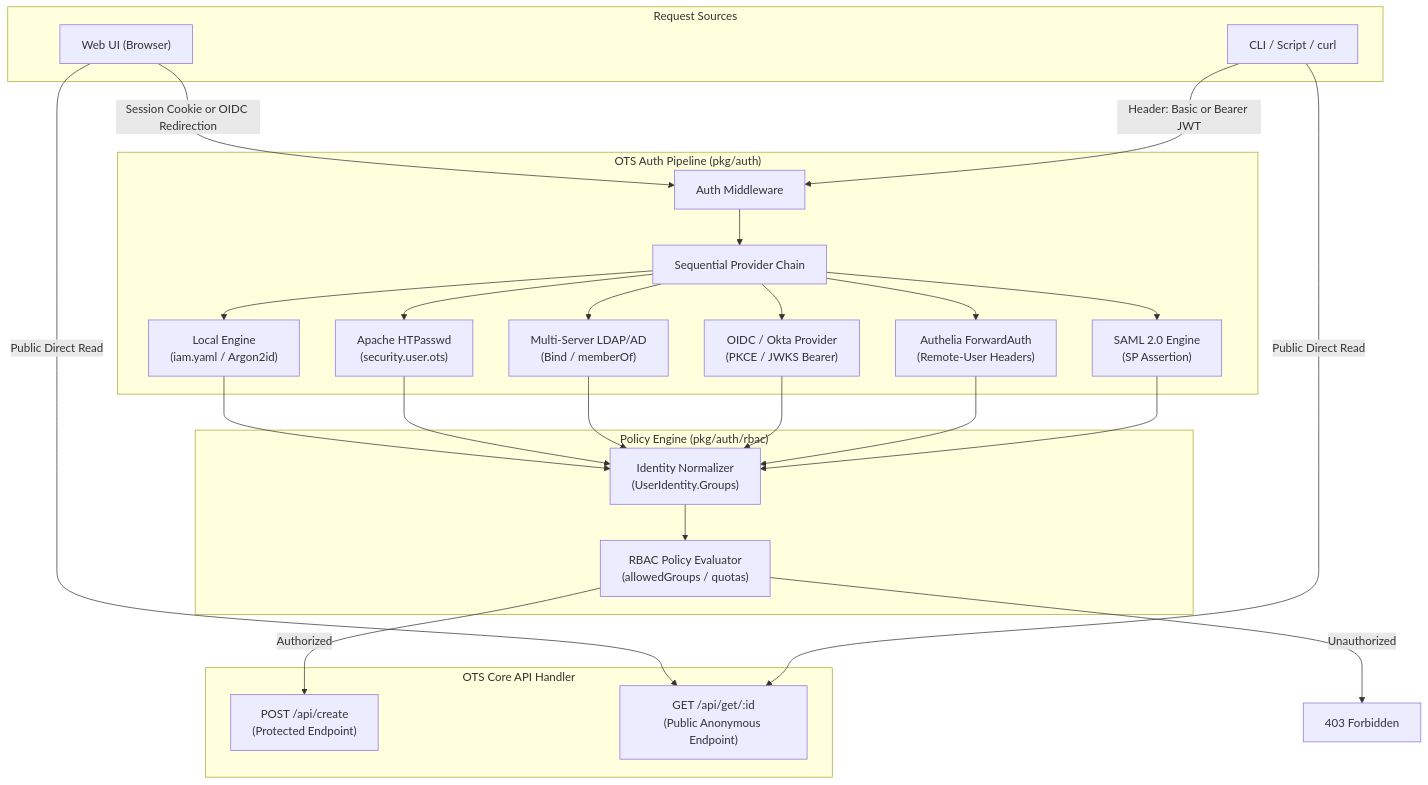
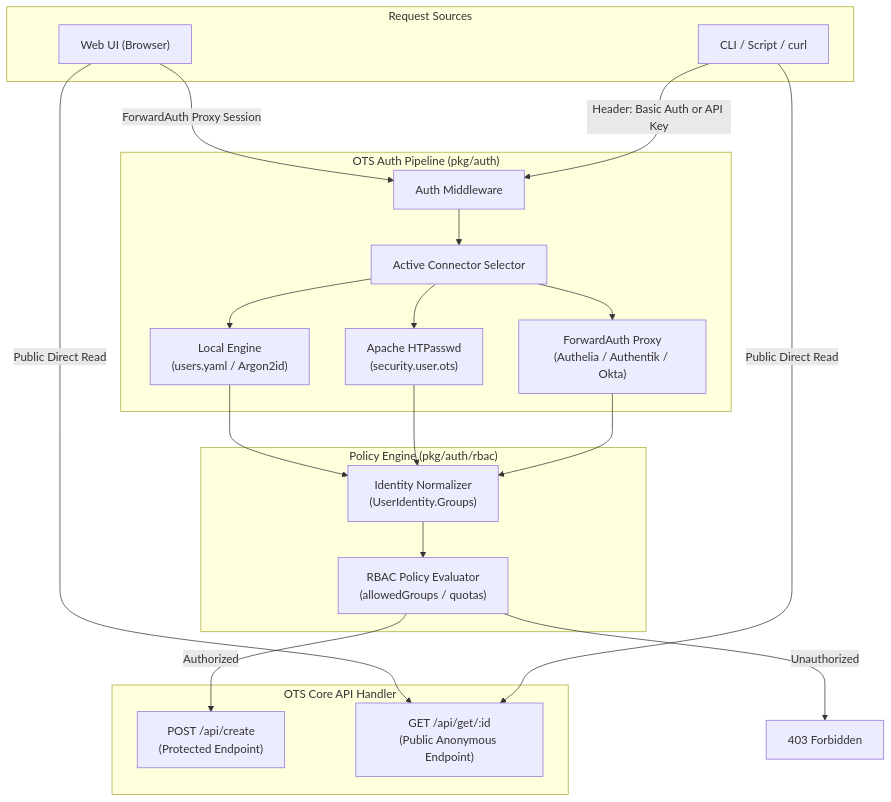
The diagram in AUTH.md (edsilegxrepo/ots), drawn with Mermaid before and after one commit. The commit also changed other lines of this file and 4 other files, not shown here.

````diff
--- a/AUTH.md
+++ b/AUTH.md
@@ -35,54 +36,45 @@
 ```mermaid
 flowchart TD
     subgraph Clients["Request Sources"]
         Browser["Web UI (Browser)"]
         Headless["CLI / Script / curl"]
     end
 
     subgraph AuthPipeline["OTS Auth Pipeline (pkg/auth)"]
         Middleware["Auth Middleware"]
-        Evaluator["Sequential Provider Chain"]
+        Evaluator["Active Connector Selector"]
         
-        LocalAuth["Local Engine\n(iam.yaml / Argon2id)"]
+        LocalAuth["Local Engine\n(users.yaml / Argon2id)"]
         HTPasswdAuth["Apache HTPasswd\n(security.user.ots)"]
-        LDAPAuth["Multi-Server LDAP/AD\n(Bind / memberOf)"]
-        OIDCAuth["OIDC / Okta Provider\n(PKCE / JWKS Bearer)"]
-        ForwardAuth["Authelia ForwardAuth\n(Remote-User Headers)"]
-        SAMLAuth["SAML 2.0 Engine\n(SP Assertion)"]
+        ForwardAuth["ForwardAuth Proxy\n(Authelia / Authentik / Okta)"]
     end
 
     subgraph RBAC["Policy Engine (pkg/auth/rbac)"]
         Normalizer["Identity Normalizer\n(UserIdentity.Groups)"]
         PolicyCheck["RBAC Policy Evaluator\n(allowedGroups / quotas)"]
     end
 
     subgraph API["OTS Core API Handler"]
         CreateAPI["POST /api/create\n(Protected Endpoint)"]
         PublicAPI["GET /api/get/:id\n(Public Anonymous Endpoint)"]
     end
 
-    Browser -->|Session Cookie or OIDC Redirection| Middleware
-    Headless -->|Header: Basic or Bearer JWT| Middleware
+    Browser -->|ForwardAuth Proxy Session| Middleware
+    Headless -->|Header: Basic Auth or API Key| Middleware
 
     Middleware --> Evaluator
     Evaluator --> LocalAuth
     Evaluator --> HTPasswdAuth
-    Evaluator --> LDAPAuth
-    Evaluator --> OIDCAuth
     Evaluator --> ForwardAuth
-    Evaluator --> SAMLAuth
 
     LocalAuth --> Normalizer
     HTPasswdAuth --> Normalizer
-    LDAPAuth --> Normalizer
-    OIDCAuth --> Normalizer
     ForwardAuth --> Normalizer
-    SAMLAuth --> Normalizer
 
     Normalizer --> PolicyCheck
     PolicyCheck -->|Authorized| CreateAPI
     PolicyCheck -->|Unauthorized| Deny[403 Forbidden]
 
     Browser -->|Public Direct Read| PublicAPI
     Headless -->|Public Direct Read| PublicAPI
 ```
````
